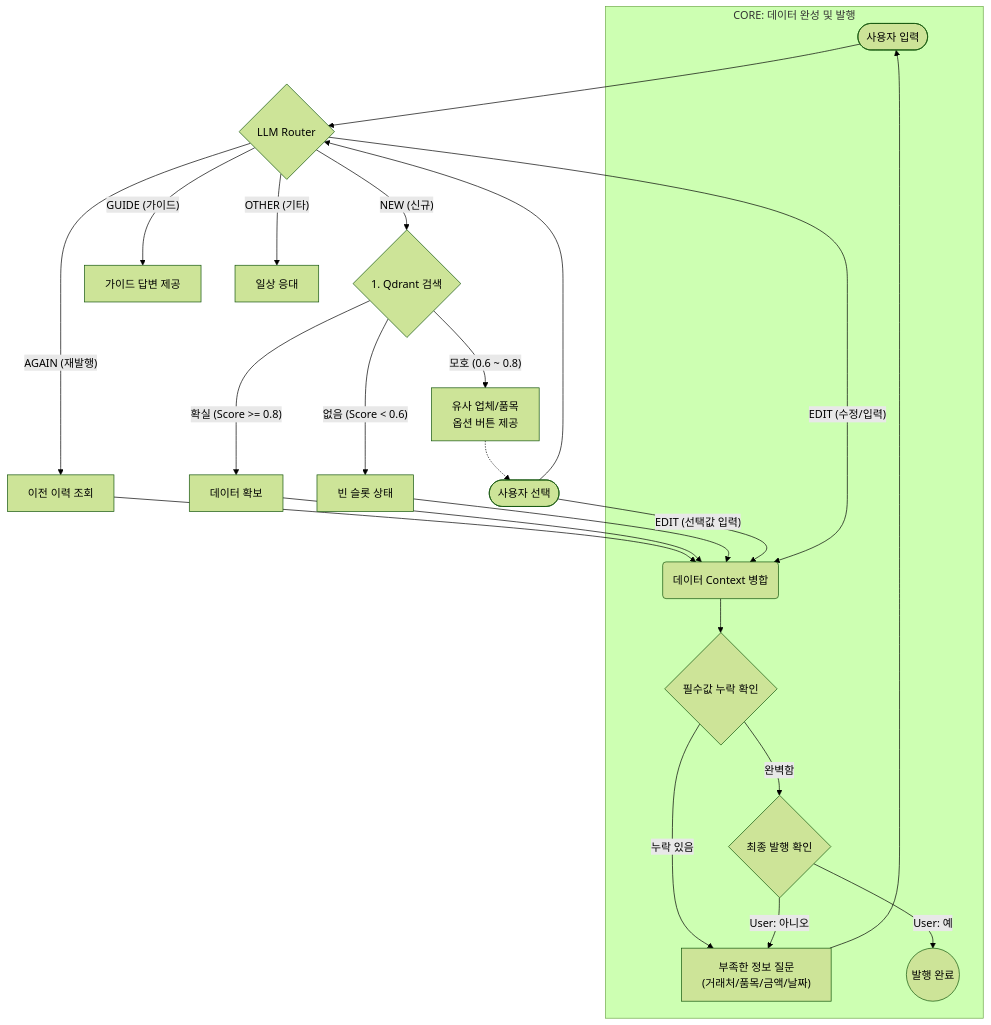
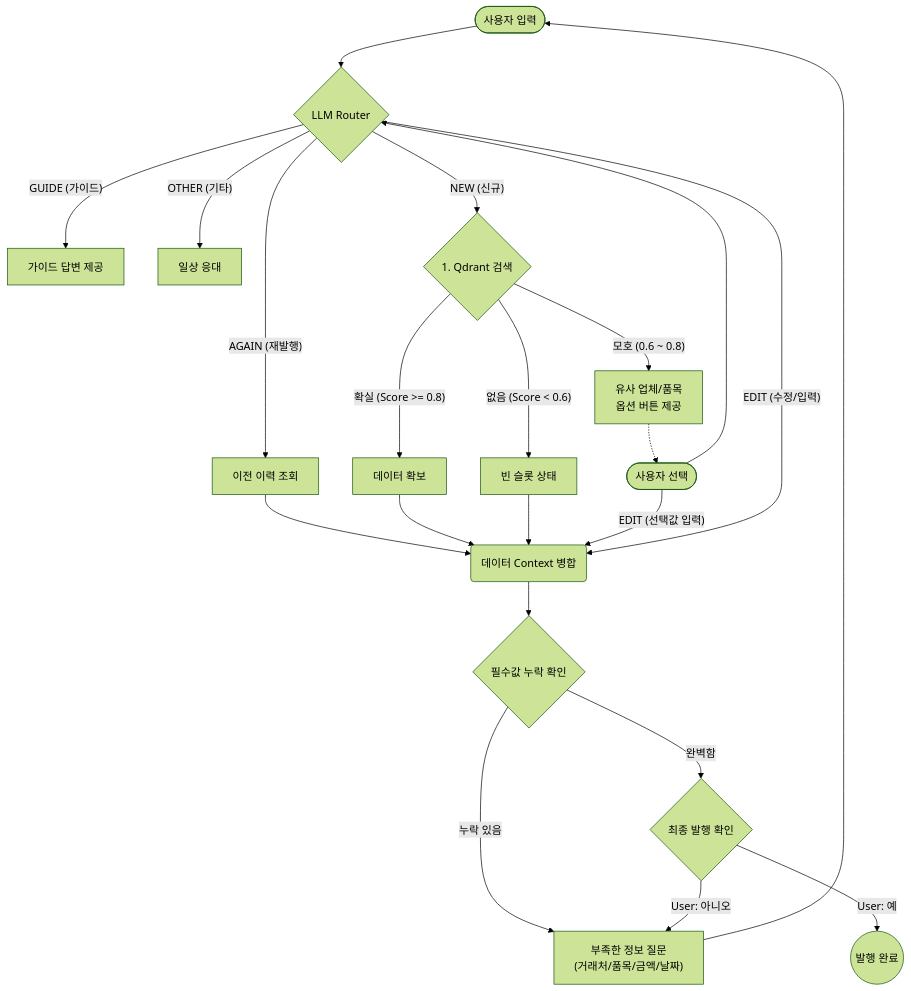
Before and after one commit to jyh000810/study: the diagram in README.md, drawn with Mermaid (forest theme).

Commit message:
Fix formatting issues in EDIT_PROCESS section

````diff
--- a/README.md
+++ b/README.md
@@ -2,43 +2,43 @@
 ```mermaid
 flowchart TD
     User([사용자 입력]) --> Router{LLM Router}
 
     %% ------------------------------------------------
     %% 1. 기타 기능 (단발성)
     %% ------------------------------------------------
     Router -- "GUIDE (가이드)" --> GuideRes[가이드 답변 제공]
     Router -- "OTHER (기타)" --> OtherRes[일상 응대]
 
     %% ------------------------------------------------
     %% 2. 데이터 수집 단계 (NEW / AGAIN)
     %% ------------------------------------------------
     Router -- "AGAIN (재발행)" --> LoadHistory[이전 이력 조회] --> PushSlots
     Router -- "NEW (신규)" --> QdrantSearch{1. Qdrant 검색}
 
     %% Qdrant 검색 결과 분기
     QdrantSearch -- "확실 (Score >= 0.8)" --> FoundData[데이터 확보] --> PushSlots
     QdrantSearch -- "모호 (0.6 ~ 0.8)" --> ShowOptions["유사 업체/품목<br/>옵션 버튼 제공"]
     QdrantSearch -- "없음 (Score < 0.6)" --> EmptyData[빈 슬롯 상태] --> PushSlots
 
     %% 사용자 선택 (옵션에서 선택 시)
     ShowOptions -.-> UserSelect([사용자 선택]) --> Router
     UserSelect -- "EDIT (선택값 입력)" --> PushSlots(데이터 Context 병합)
 
     %% ------------------------------------------------
     %% 3. 핵심: EDIT 프로세스 (무조건 여기를 통과함)
     %% ------------------------------------------------
     Router -- "EDIT (수정/입력)" --> PushSlots
     
-    subgraph EDIT_PROCESS [CORE: 데이터 완성 및 발행]
-        PushSlots --> CheckMissing{필수값 누락 확인}
+
+    PushSlots --> CheckMissing{필수값 누락 확인}
         
-        CheckMissing -- "누락 있음" --> AskUser["부족한 정보 질문<br/>(거래처/품목/금액/날짜)"]
-        AskUser --> User
+    CheckMissing -- "누락 있음" --> AskUser["부족한 정보 질문<br/>(거래처/품목/금액/날짜)"]
+    AskUser --> User
         
-        CheckMissing -- "완벽함" --> FinalConfirm{최종 발행 확인}
-        FinalConfirm -- "User: 예" --> IssueDone((발행 완료))
-        FinalConfirm -- "User: 아니오" --> AskUser
-    end
+    CheckMissing -- "완벽함" --> FinalConfirm{최종 발행 확인}
+    FinalConfirm -- "User: 예" --> IssueDone((발행 완료))
+    FinalConfirm -- "User: 아니오" --> AskUser
+
 
 
 ```
````
